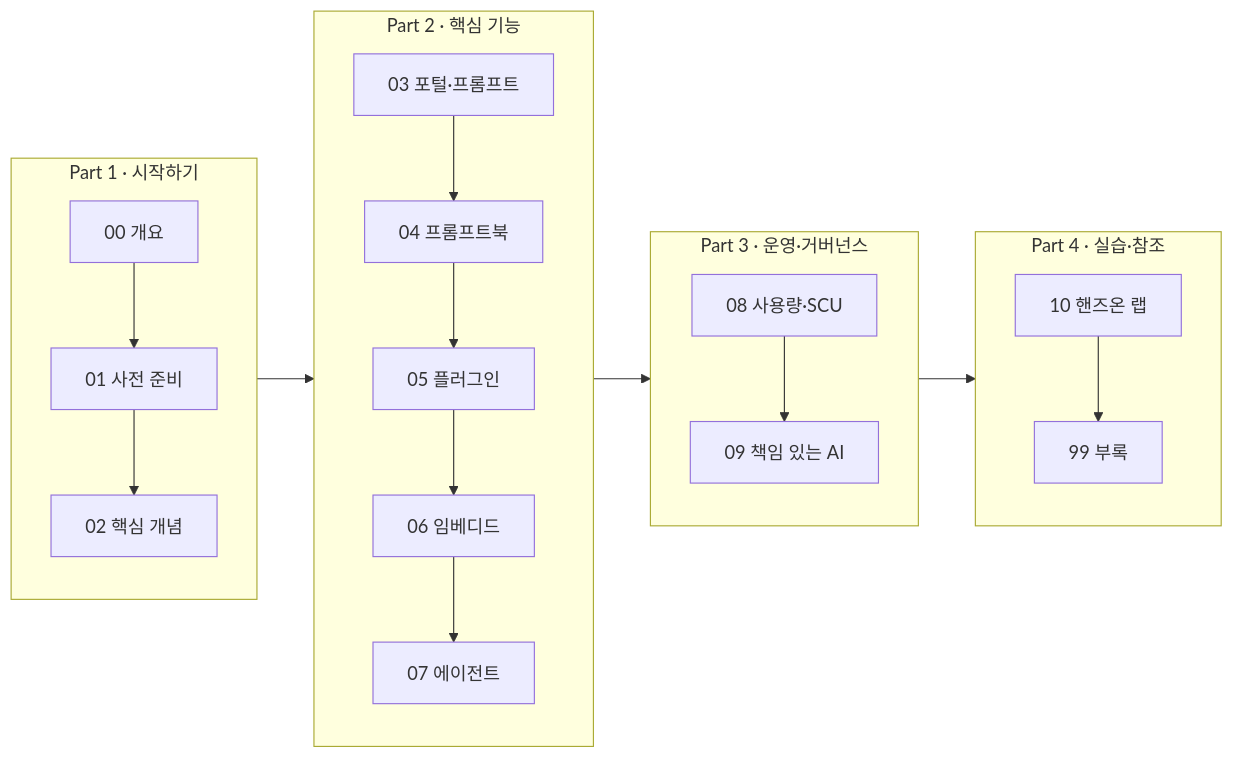
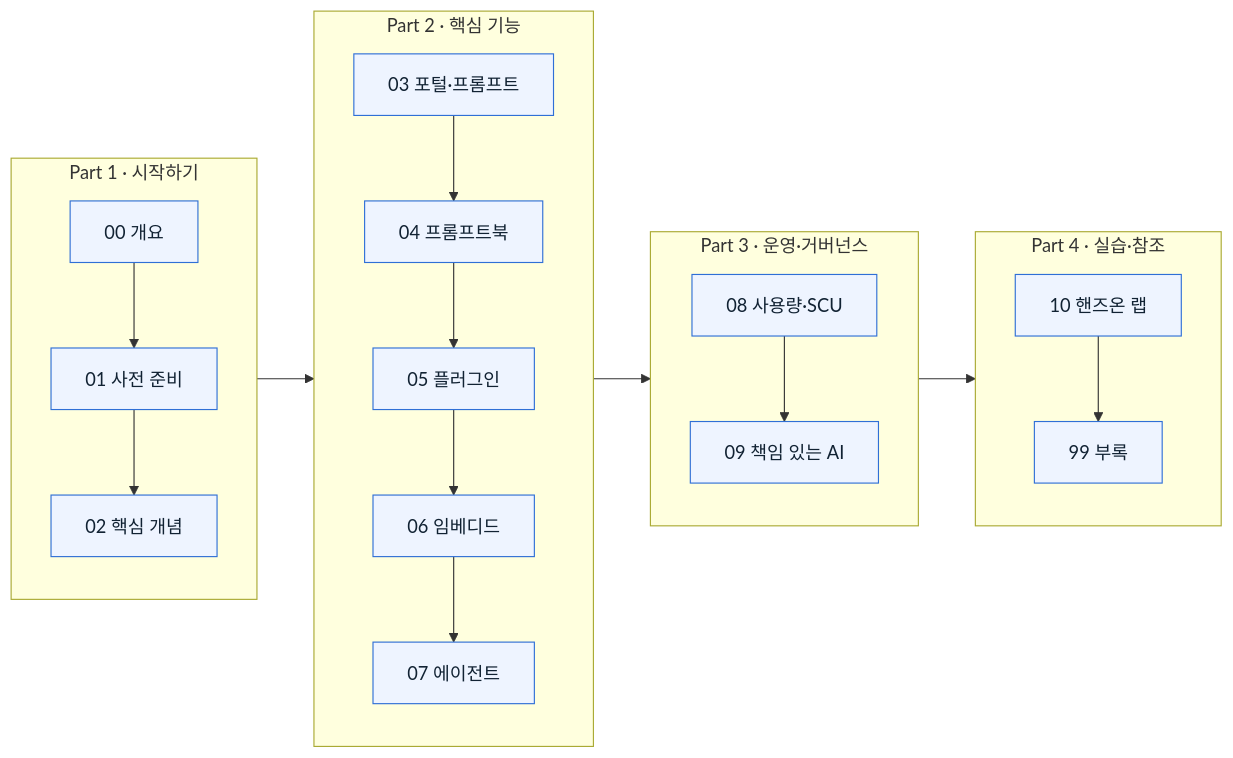
Before and after one commit to akimcse/security-copilot-guide-kr: the diagram in README.md, drawn with Mermaid. The commit also changed other lines of this file, not shown here.

Commit message:
Make learning-journey diagram nodes clickable
Add Mermaid click directives linking each node to its page, plus a tip note. Nodes now navigate directly to the corresponding workshop page on GitHub.

````diff
--- a/README.md
+++ b/README.md
@@ -30,16 +30,32 @@
 ```mermaid
 flowchart LR
     subgraph P1["Part 1 · 시작하기"]
         A0["00 개요"] --> A1["01 사전 준비"] --> A2["02 핵심 개념"]
     end
     subgraph P2["Part 2 · 핵심 기능"]
         B3["03 포털·프롬프트"] --> B4["04 프롬프트북"] --> B5["05 플러그인"] --> B6["06 임베디드"] --> B7["07 에이전트"]
     end
     subgraph P3["Part 3 · 운영·거버넌스"]
         C8["08 사용량·SCU"] --> C9["09 책임 있는 AI"]
     end
     subgraph P4["Part 4 · 실습·참조"]
         D10["10 핸즈온 랩"] --> D99["99 부록"]
     end
     P1 --> P2 --> P3 --> P4
+
+    click A0 "./00-overview.md" "00 개요"
+    click A1 "./01-prerequisites.md" "01 사전 준비"
+    click A2 "./02-concepts.md" "02 핵심 개념"
+    click B3 "./03-standalone-portal.md" "03 Standalone 포털"
+    click B4 "./04-promptbooks.md" "04 프롬프트북"
+    click B5 "./05-plugins.md" "05 플러그인"
+    click B6 "./06-embedded-experiences.md" "06 임베디드 경험"
+    click B7 "./07-agents.md" "07 에이전트"
+    click C8 "./08-usage-monitoring.md" "08 사용량 모니터링"
+    click C9 "./09-responsible-ai.md" "09 책임 있는 AI"
+    click D10 "./10-handson-lab.md" "10 핸즈온 랩"
+    click D99 "./99-troubleshooting.md" "99 부록"
+
+    classDef node fill:#eef4ff,stroke:#2f6fd6,color:#123,stroke-width:1px;
+    class A0,A1,A2,B3,B4,B5,B6,B7,C8,C9,D10,D99 node;
 ```
````
